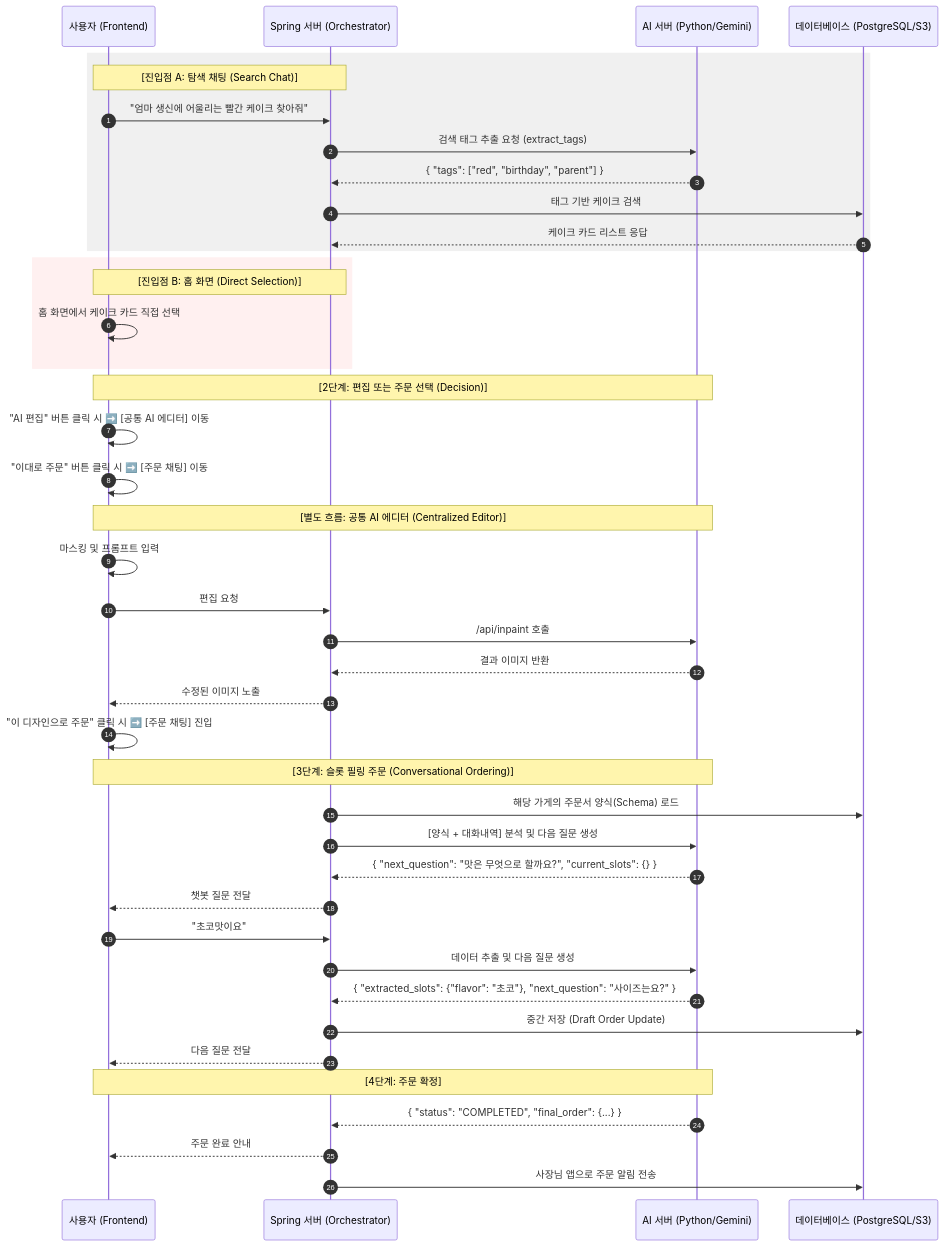
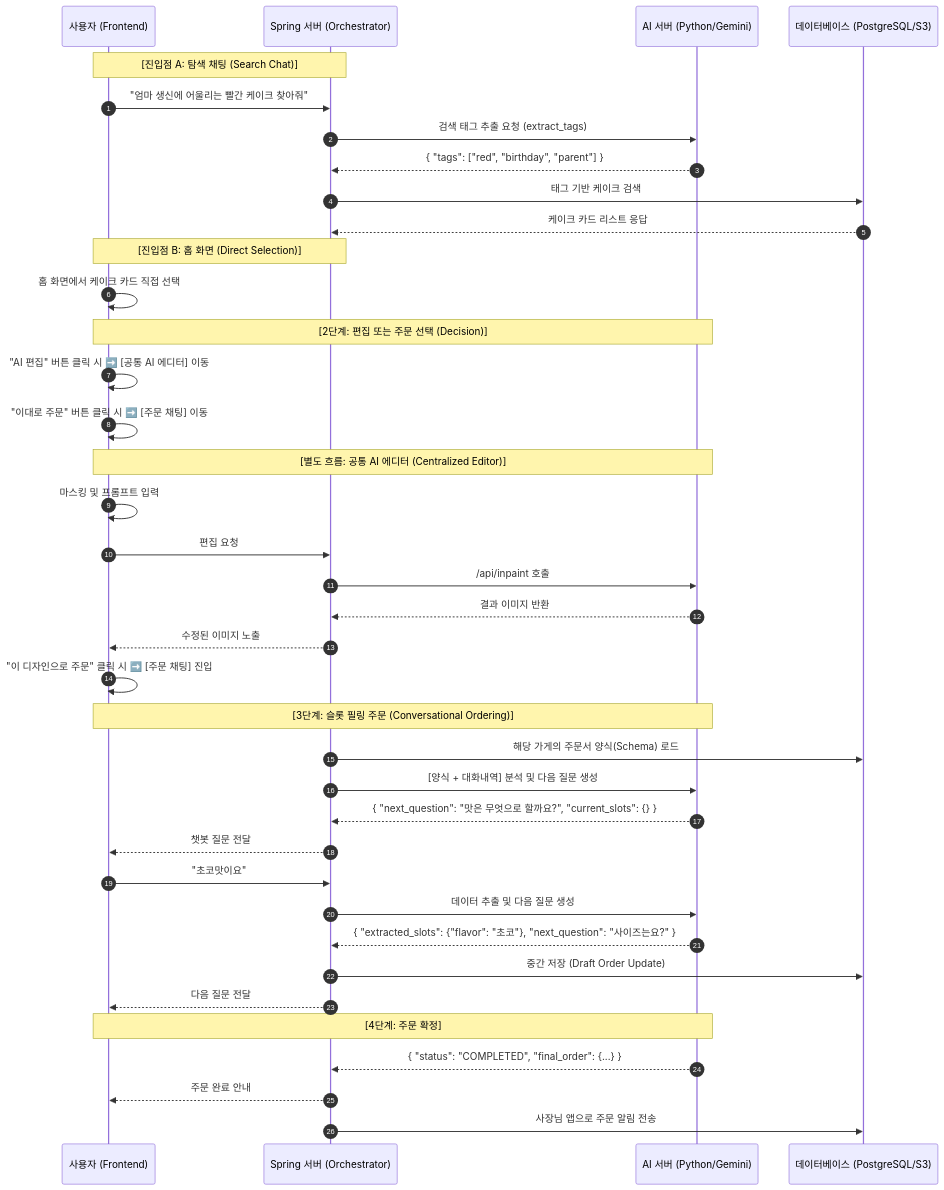
One commit to makery-team/MakeAWish-AI changed the first of 2 diagrams in documents/CONVERSATIONAL_ORDER_FLOW.md. Above: the diagram before and after it, drawn with Mermaid. The commit also changed other lines of this file and 5 other files, not shown here.

First line of the commit message:
feat: AI 서버 API 통합 및 대화형 주문 플로우 고도화

````diff
--- a/documents/CONVERSATIONAL_ORDER_FLOW.md
+++ b/documents/CONVERSATIONAL_ORDER_FLOW.md
@@ -9,50 +9,46 @@
 ```mermaid
 sequenceDiagram
     autonumber
     participant U as 사용자 (Frontend)
     participant S as Spring 서버 (Orchestrator)
     participant A as AI 서버 (Python/Gemini)
     participant DB as 데이터베이스 (PostgreSQL/S3)
 
-    rect rgb(240, 240, 240)
     Note over U, S: [진입점 A: 탐색 채팅 (Search Chat)]
     U->>S: "엄마 생신에 어울리는 빨간 케이크 찾아줘"
     S->>A: 검색 태그 추출 요청 (extract_tags)
     A-->>S: { "tags": ["red", "birthday", "parent"] }
     S->>DB: 태그 기반 케이크 검색
     DB-->>S: 케이크 카드 리스트 응답
-    end
 
-    rect rgb(255, 240, 240)
     Note over U, S: [진입점 B: 홈 화면 (Direct Selection)]
     U->>U: 홈 화면에서 케이크 카드 직접 선택
-    end
 
     Note over U, A: [2단계: 편집 또는 주문 선택 (Decision)]
     U->>U: "AI 편집" 버튼 클릭 시 ➡️ [공통 AI 에디터] 이동
     U->>U: "이대로 주문" 버튼 클릭 시 ➡️ [주문 채팅] 이동
 
     Note over U, A: [별도 흐름: 공통 AI 에디터 (Centralized Editor)]
     U->>U: 마스킹 및 프롬프트 입력
     U->>S: 편집 요청
     S->>A: /api/inpaint 호출
     A-->>S: 결과 이미지 반환
     S-->>U: 수정된 이미지 노출
     U->>U: "이 디자인으로 주문" 클릭 시 ➡️ [주문 채팅] 진입
 
     Note over U, A: [3단계: 슬롯 필링 주문 (Conversational Ordering)]
     S->>DB: 해당 가게의 주문서 양식(Schema) 로드
     S->>A: [양식 + 대화내역] 분석 및 다음 질문 생성
     A-->>S: { "next_question": "맛은 무엇으로 할까요?", "current_slots": {} }
     S-->>U: 챗봇 질문 전달
     U->>S: "초코맛이요"
     S->>A: 데이터 추출 및 다음 질문 생성
     A-->>S: { "extracted_slots": {"flavor": "초코"}, "next_question": "사이즈는요?" }
     S->>DB: 중간 저장 (Draft Order Update)
     S-->>U: 다음 질문 전달
 
     Note over U, A: [4단계: 주문 확정]
     A-->>S: { "status": "COMPLETED", "final_order": {...} }
     S-->>U: 주문 완료 안내
     S->>DB: 사장님 앱으로 주문 알림 전송
 ```
````
